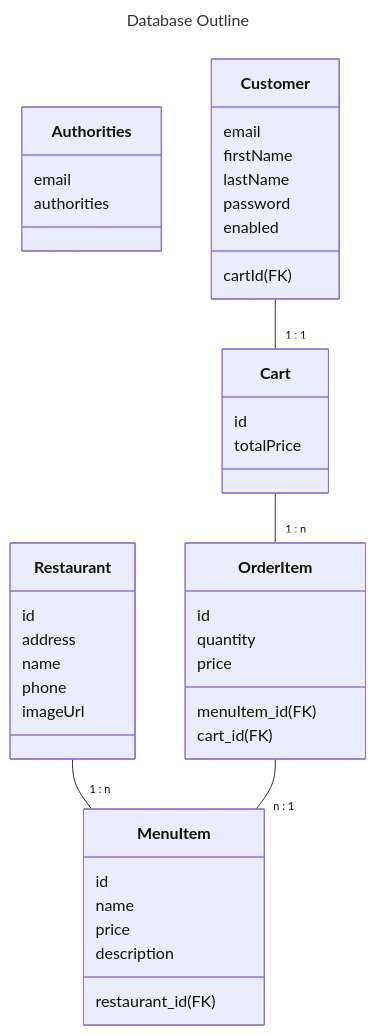
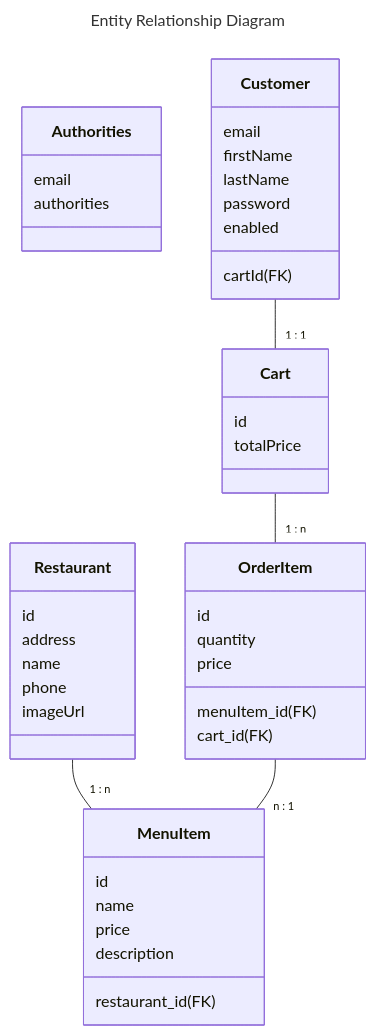
The second of 2 diagrams in README.md (missfangfang/Spork), drawn with Mermaid before and after one commit. The commit also changed other lines of this file, not shown here.

Commit message:
Include spork icon and update diagram title

````diff
--- a/README.md
+++ b/README.md
@@ -27,47 +28,47 @@
 ```mermaid
 ---
-title: Database Outline
+title: Entity Relationship Diagram
 ---
 classDiagram
   class Authorities {
     email
     authorities
   }
   class Customer {
     email
     firstName
     lastName
     password
     enabled
     cartId(FK)
   }
   class Cart {
     id
     totalPrice
   }
   class OrderItem {
     id
     quantity
     price
     menuItem_id(FK)
     cart_id(FK)
   }
   class MenuItem {
     id
     name
     price
     description
     restaurant_id(FK)
   }
   class Restaurant {
     id
     address
     name
     phone
     imageUrl
   }  
   Cart -- "1 : n" OrderItem
   Restaurant -- "1 : n" MenuItem
   Customer -- "1 : 1" Cart 
   OrderItem -- "n : 1" MenuItem
 ```
````
